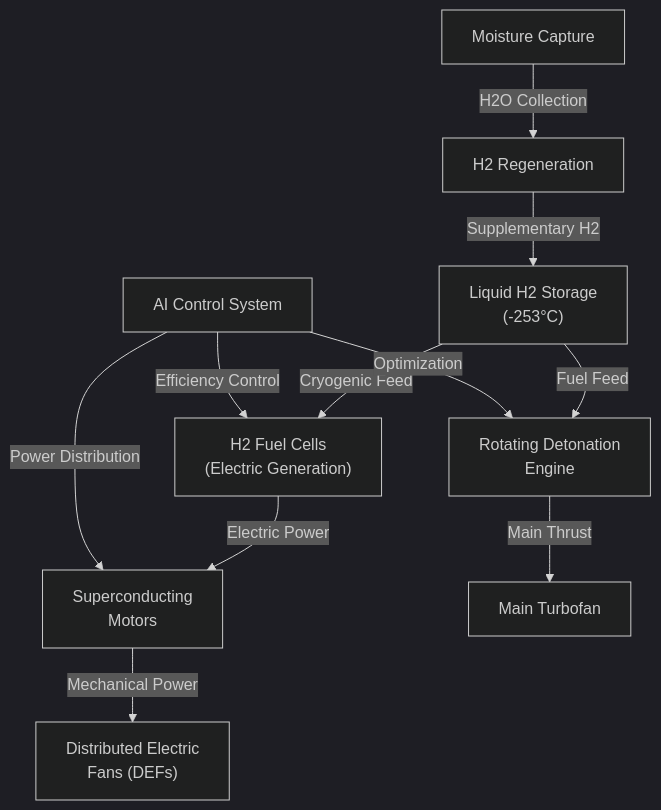
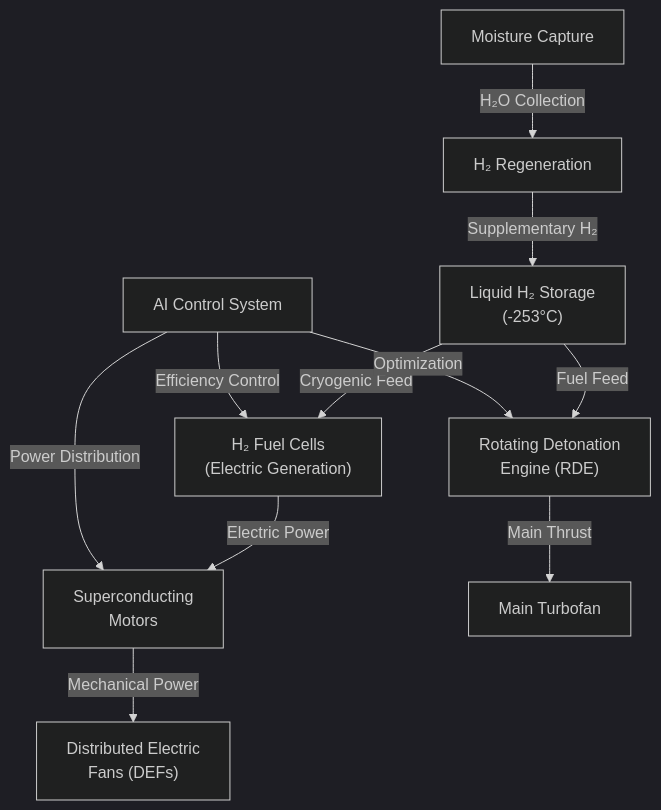
One commit to ampel360/Robbbo-T changed the diagram in COMPREHENSIVE_CALCULATOR_DOCUMENTATION.md. Above: the diagram before and after it, drawn with Mermaid (dark theme).

````diff
--- a/COMPREHENSIVE_CALCULATOR_DOCUMENTATION.md
+++ b/COMPREHENSIVE_CALCULATOR_DOCUMENTATION.md
@@ -448,18 +448,17 @@
 ```mermaid
-
 flowchart TD
-    H2["Liquid H2 Storage\n(-253°C)"] --> |"Cryogenic Feed"| FC["H2 Fuel Cells\n(Electric Generation)"]
-    H2 --> |"Fuel Feed"| RDE["Rotating Detonation\nEngine"]
+    H2["Liquid H₂ Storage\n(-253°C)"] --> |"Cryogenic Feed"| FC["H₂ Fuel Cells\n(Electric Generation)"]
+    H2 --> |"Fuel Feed"| RDE["Rotating Detonation\nEngine (RDE)"]
     
     FC --> |"Electric Power"| SCM["Superconducting\nMotors"]
     SCM --> |"Mechanical Power"| DEF["Distributed Electric\nFans (DEFs)"]
     
     RDE --> |"Main Thrust"| MT["Main Turbofan"]
     
     AI["AI Control System"] --> |"Optimization"| RDE
     AI --> |"Efficiency Control"| FC
     AI --> |"Power Distribution"| SCM
     
-    MC["Moisture Capture"] --> |"H2O Collection"| RG["H2 Regeneration"]
-    RG --> |"Supplementary H2"| H2
+    MC["Moisture Capture"] --> |"H₂O Collection"| RG["H₂ Regeneration"]
+    RG --> |"Supplementary H₂"| H2
 ```
````
